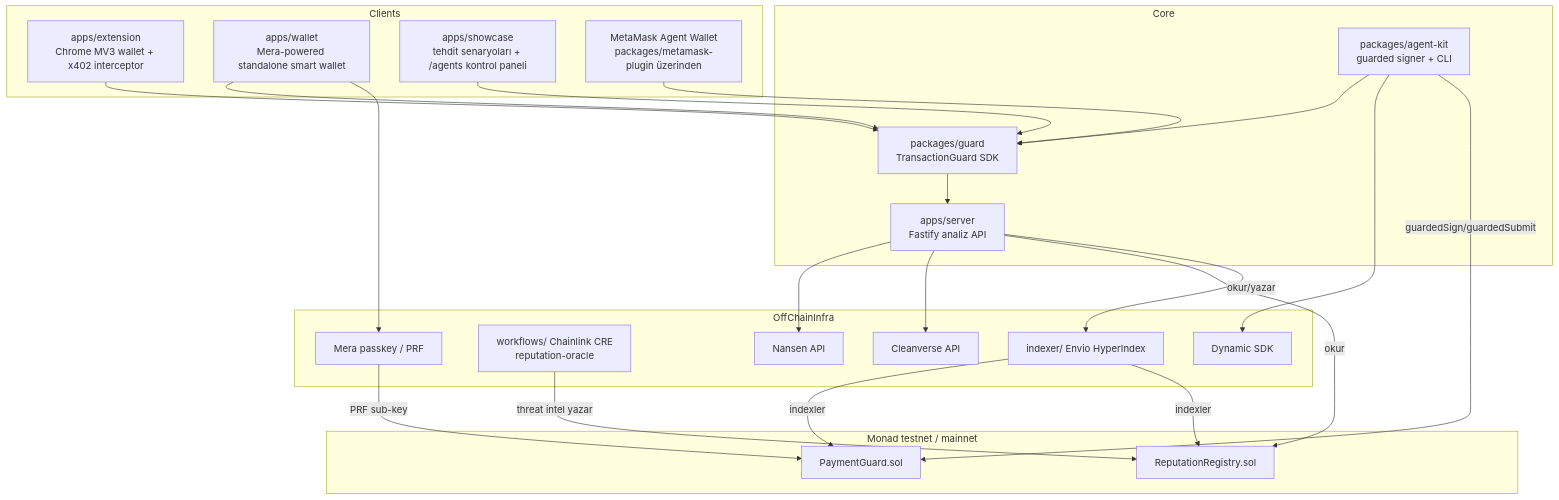
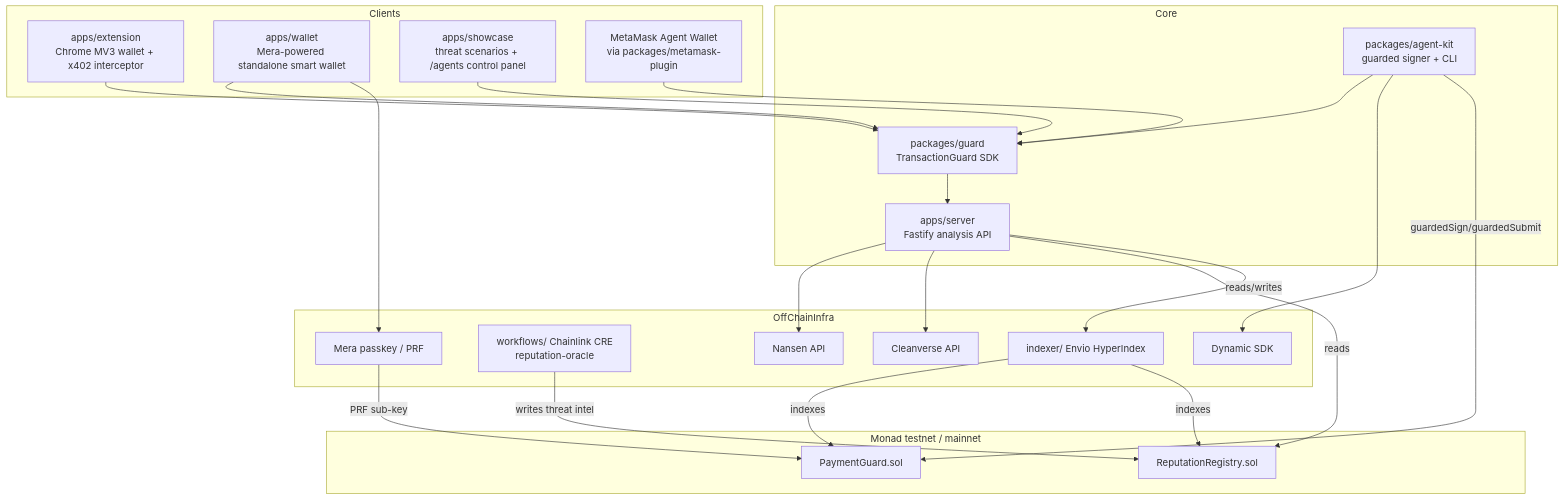
One commit to HackerFetch/Baret-Metropolis changed the diagram in docs/ARCHITECTURE.md. Above: the diagram before and after it, drawn with Mermaid. The commit also changed other lines of this file and 14 other files, not shown here.

````diff
--- a/docs/ARCHITECTURE.md
+++ b/docs/ARCHITECTURE.md
@@ -21,47 +21,47 @@
 ```mermaid
 flowchart TB
     subgraph Clients
         EXT[apps/extension<br/>Chrome MV3 wallet + x402 interceptor]
         WAL[apps/wallet<br/>Mera-powered standalone smart wallet]
-        SHOW[apps/showcase<br/>tehdit senaryoları + /agents kontrol paneli]
-        MM[MetaMask Agent Wallet<br/>packages/metamask-plugin üzerinden]
+        SHOW[apps/showcase<br/>threat scenarios + /agents control panel]
+        MM[MetaMask Agent Wallet<br/>via packages/metamask-plugin]
     end
 
     subgraph Core
         SDK[packages/guard<br/>TransactionGuard SDK]
         AGENT[packages/agent-kit<br/>guarded signer + CLI]
-        API[apps/server<br/>Fastify analiz API]
+        API[apps/server<br/>Fastify analysis API]
     end
 
     subgraph OnChain["Monad testnet / mainnet"]
         PG[PaymentGuard.sol]
         RR[ReputationRegistry.sol]
     end
 
     subgraph OffChainInfra
         IDX[indexer/ Envio HyperIndex]
         CRE[workflows/ Chainlink CRE<br/>reputation-oracle]
         NANSEN[Nansen API]
         CLEAN[Cleanverse API]
         DYNAMIC[Dynamic SDK]
         MERA[Mera passkey / PRF]
     end
 
     EXT --> SDK
     WAL --> SDK
     SHOW --> SDK
     MM --> SDK
     AGENT --> SDK
     SDK --> API
     API --> NANSEN
     API --> CLEAN
-    API -->|okur| RR
-    API -->|okur/yazar| IDX
-    CRE -->|threat intel yazar| RR
+    API -->|reads| RR
+    API -->|reads/writes| IDX
+    CRE -->|writes threat intel| RR
     WAL --> MERA
     AGENT --> DYNAMIC
     AGENT -->|guardedSign/guardedSubmit| PG
     MERA -->|PRF sub-key| PG
-    IDX -->|indexler| PG
-    IDX -->|indexler| RR
+    IDX -->|indexes| PG
+    IDX -->|indexes| RR
 ```
````
